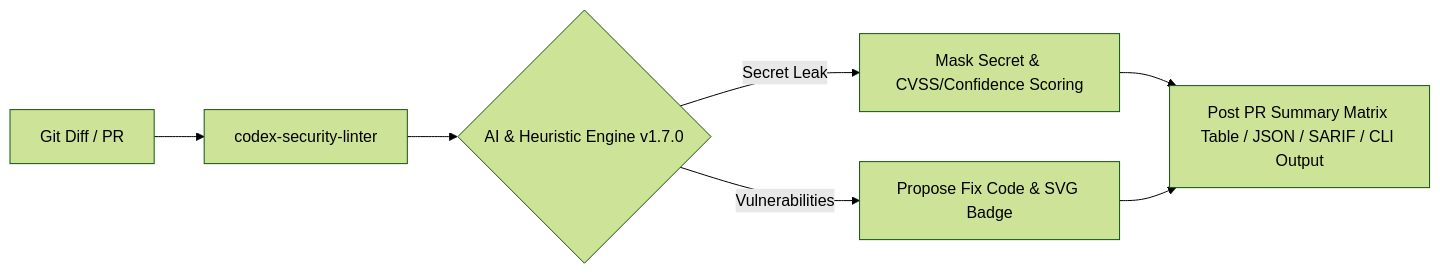
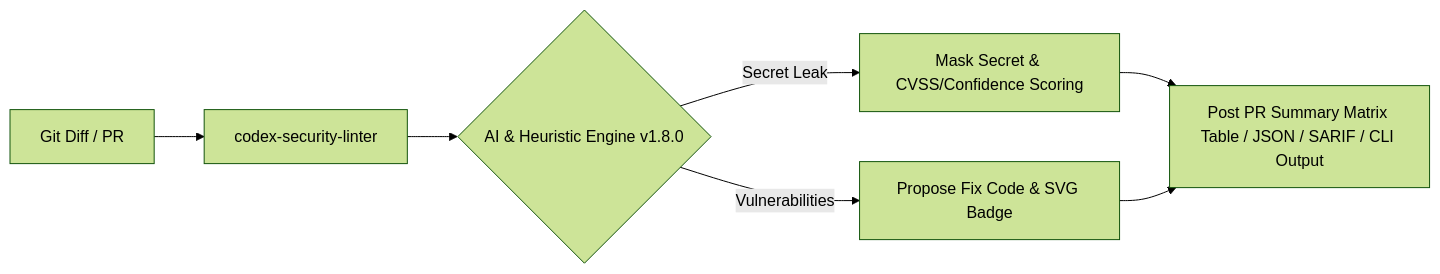
One commit to knmt1219/codex-security-linter changed the diagram in README.md. Above: the diagram before and after it, drawn with Mermaid (forest theme). The commit also changed other lines of this file and 3 other files, not shown here.

````diff
--- a/README.md
+++ b/README.md
@@ -14,8 +14,8 @@
 ```mermaid
 graph LR
     A[Git Diff / PR] --> B[codex-security-linter]
-    B --> C{AI & Heuristic Engine v1.7.0}
+    B --> C{AI & Heuristic Engine v1.8.0}
     C -->|Secret Leak| D[Mask Secret & CVSS/Confidence Scoring]
     C -->|Vulnerabilities| E[Propose Fix Code & SVG Badge]
     D & E --> F[Post PR Summary Matrix Table / JSON / SARIF / CLI Output]
 ```
````
